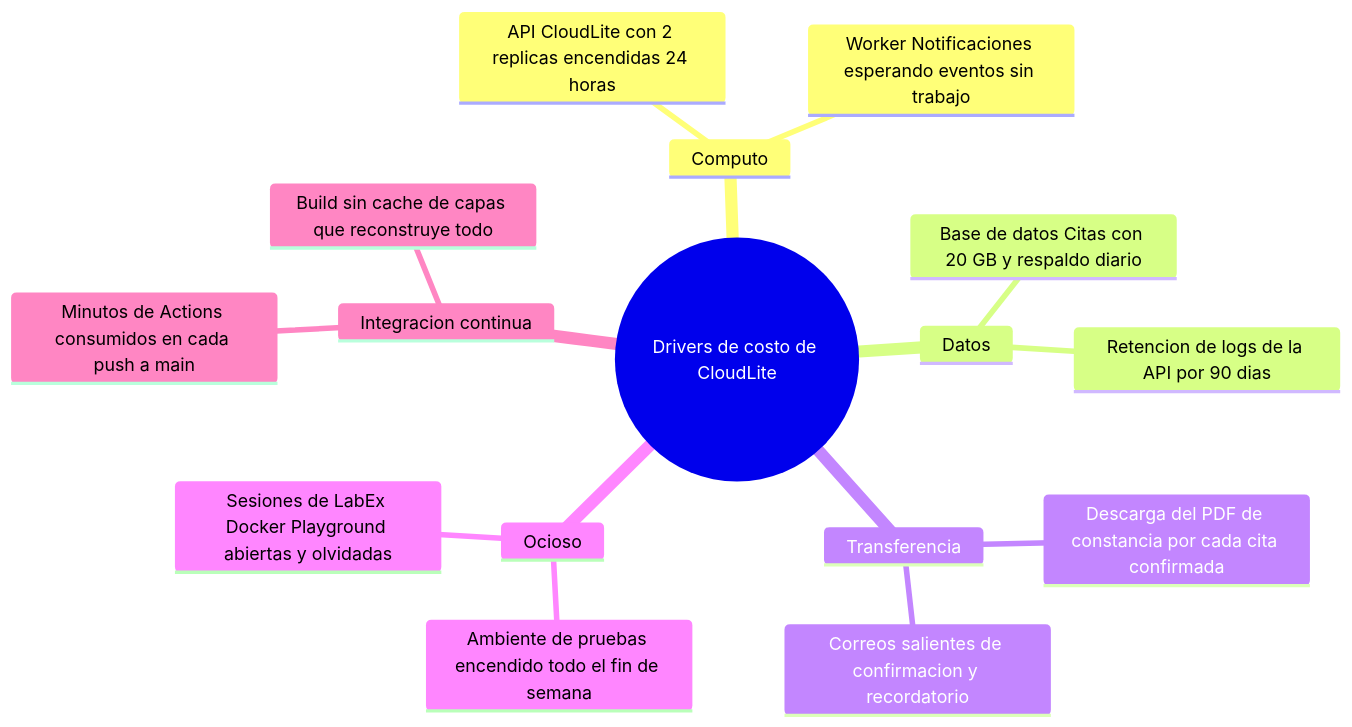
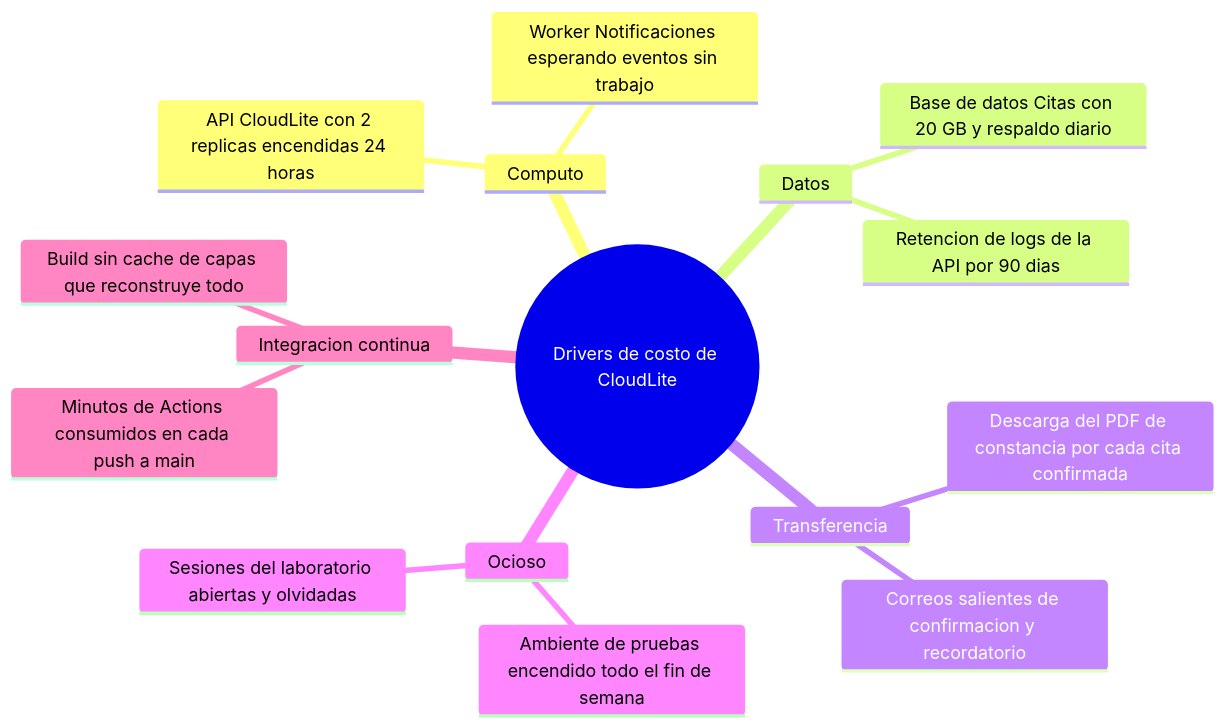
Before and after one commit to AndresDFX/UNIAJ: the diagram in Arquitectura de Sistemas Computacionales/Kit docente/Clase 10/Taller en ExamLab - Clase 10 (configuracion).md, drawn with Mermaid. The commit also changed 82 other files, not shown here.

````diff
--- a/Arquitectura de Sistemas Computacionales/Kit docente/Clase 10/Taller en ExamLab - Clase 10 (configuracion).md
+++ b/Arquitectura de Sistemas Computacionales/Kit docente/Clase 10/Taller en ExamLab - Clase 10 (configuracion).md
@@ -79,19 +79,19 @@
 ```mermaid
 mindmap
   root((Drivers de costo de CloudLite))
     Computo
       API CloudLite con 2 replicas encendidas 24 horas
       Worker Notificaciones esperando eventos sin trabajo
     Datos
       Base de datos Citas con 20 GB y respaldo diario
       Retencion de logs de la API por 90 dias
     Transferencia
       Descarga del PDF de constancia por cada cita confirmada
       Correos salientes de confirmacion y recordatorio
     Ocioso
       Ambiente de pruebas encendido todo el fin de semana
-      Sesiones de LabEx Docker Playground abiertas y olvidadas
+      Sesiones del laboratorio abiertas y olvidadas
     Integracion continua
       Minutos de Actions consumidos en cada push a main
       Build sin cache de capas que reconstruye todo
 ```
````
